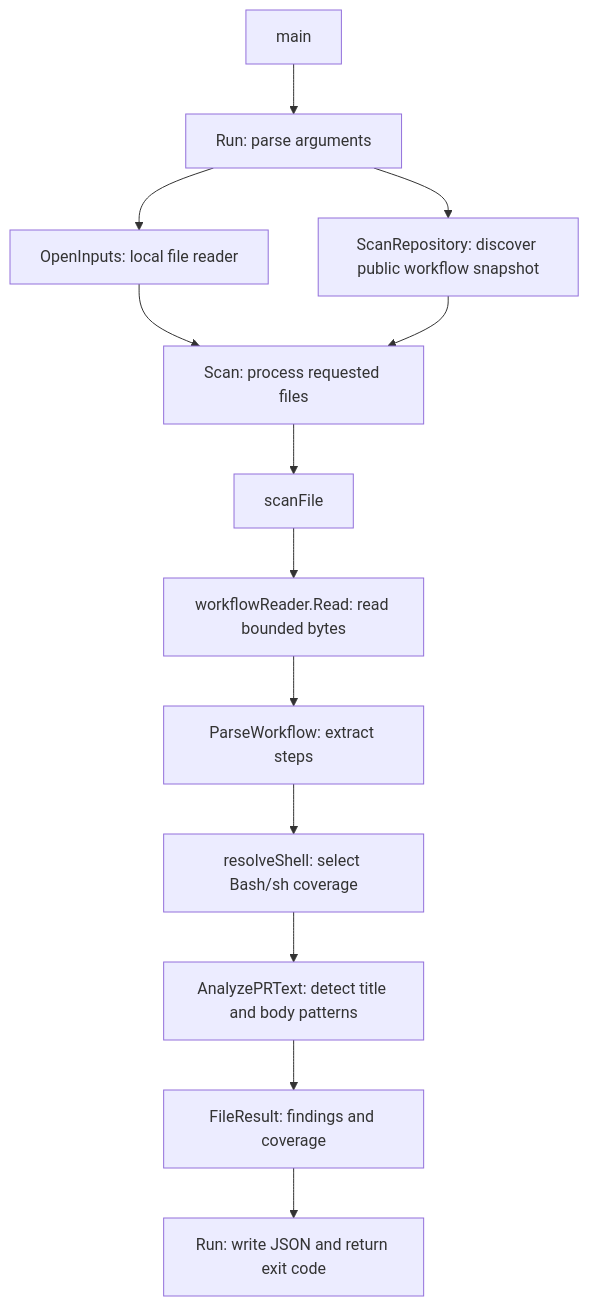
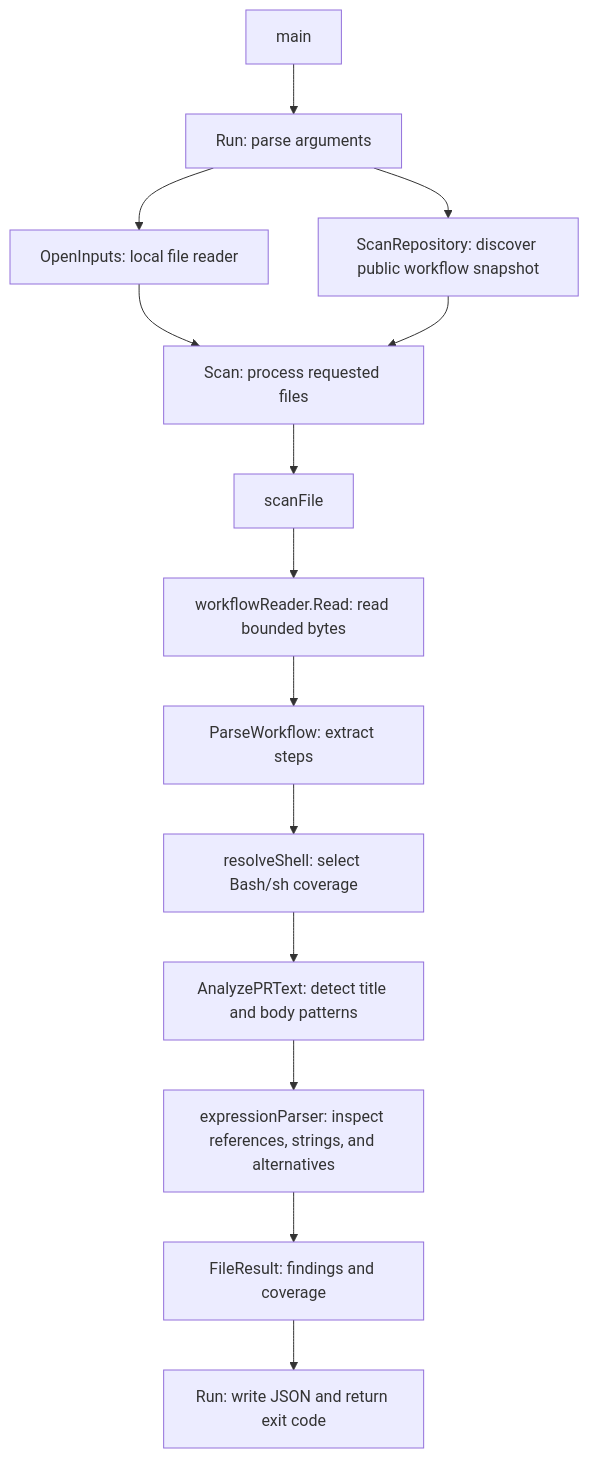
Before and after one commit to zorosz/workflow-hardener: the diagram in docs/ARCHITECTURE.md, drawn with Mermaid. The commit also changed other lines of this file and 16 other files, not shown here.

````diff
--- a/docs/ARCHITECTURE.md
+++ b/docs/ARCHITECTURE.md
@@ -5,15 +5,16 @@
 ```mermaid
 flowchart TD
     MAIN[main] --> CLI[Run: parse arguments]
     CLI --> LOCAL[OpenInputs: local file reader]
     CLI --> REMOTE[ScanRepository: discover public workflow snapshot]
     LOCAL --> SCAN[Scan: process requested files]
     REMOTE --> SCAN
     SCAN --> ONE[scanFile]
     ONE --> READ[workflowReader.Read: read bounded bytes]
     READ --> PARSE[ParseWorkflow: extract steps]
     PARSE --> SHELL[resolveShell: select Bash/sh coverage]
     SHELL --> RULE[AnalyzePRText: detect title and body patterns]
-    RULE --> RESULT[FileResult: findings and coverage]
+    RULE --> EXPR[expressionParser: inspect references, strings, and alternatives]
+    EXPR --> RESULT[FileResult: findings and coverage]
     RESULT --> REPORT[Run: write JSON and return exit code]
 ```
````
